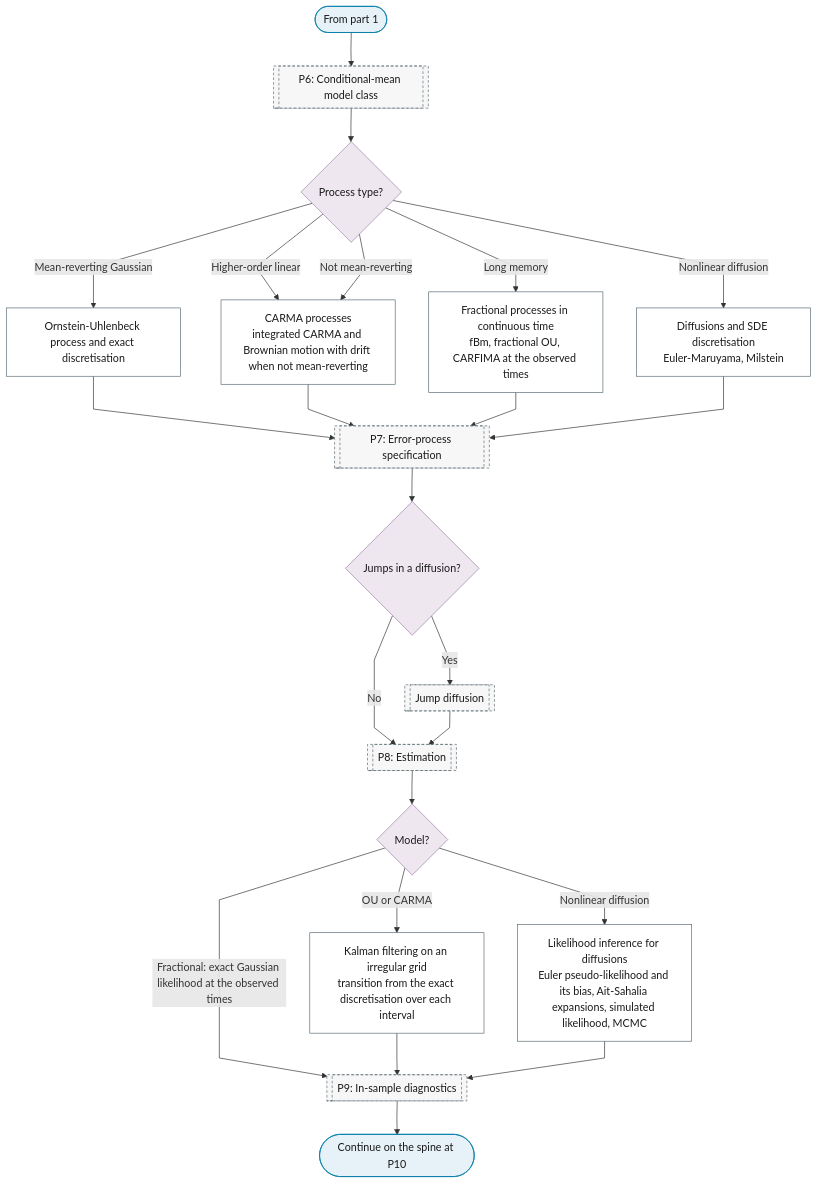
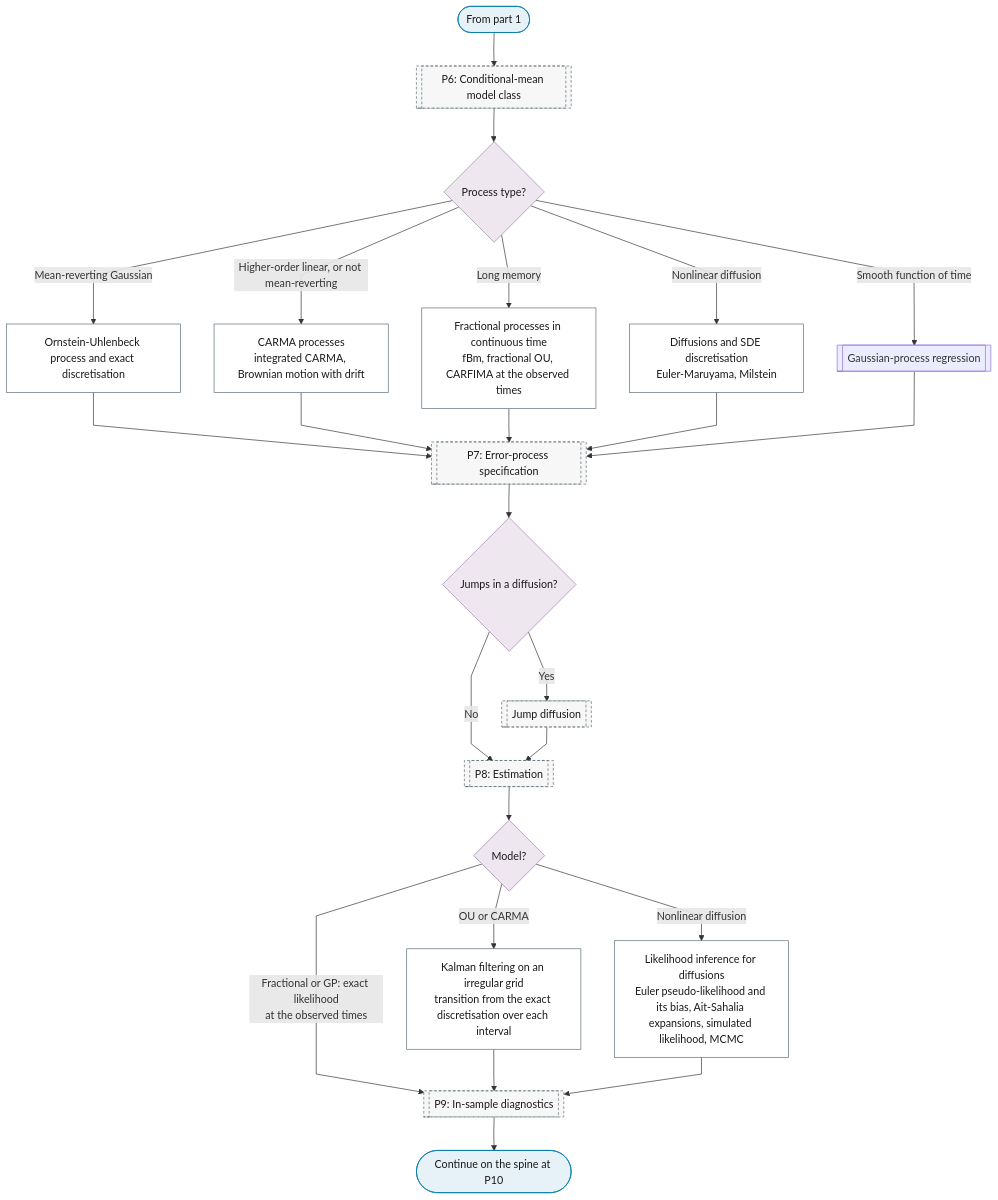
Before and after one commit to Shuxin-Y/time-series-analysis-manual: the second of 2 diagrams in docs/reference/15-continuous-time/index.md, drawn with Mermaid. The commit also changed other lines of this file and 14 other files, not shown here.

````diff
--- a/docs/reference/15-continuous-time/index.md
+++ b/docs/reference/15-continuous-time/index.md
@@ -43,34 +45,34 @@
 ```mermaid
 %%{init: {"flowchart": {"curve": "linear"}}}%%
 graph TD
     B3_PART_2_IN(["From part 1"]) --> P6[["P6: Conditional-mean model class"]]
     P6 --> B3_PROCESS{"Process type?"}
     B3_PROCESS -->|"Mean-reverting Gaussian"| B3_OU["Ornstein-Uhlenbeck process and exact discretisation"]
-    B3_PROCESS -->|"Higher-order linear"| B3_CARMA["CARMA processes<br/>integrated CARMA and Brownian motion with drift when not mean-reverting"]
-    B3_PROCESS -->|"Not mean-reverting"| B3_CARMA
+    B3_PROCESS -->|"Higher-order linear, or not mean-reverting"| B3_CARMA["CARMA processes<br/>integrated CARMA, Brownian motion with drift"]
     B3_PROCESS -->|"Long memory"| B3_FBM["Fractional processes in continuous time<br/>fBm, fractional OU, CARFIMA at the observed times"]
     B3_PROCESS -->|"Nonlinear diffusion"| B3_SDE["Diffusions and SDE discretisation<br/>Euler-Maruyama, Milstein"]
-    B3_OU & B3_CARMA & B3_FBM & B3_SDE --> P7[["P7: Error-process specification"]]
+    B3_PROCESS -->|"Smooth function of time"| P6_GAUSSIAN_PROCESS[["Gaussian-process regression"]]
+    B3_OU & B3_CARMA & B3_FBM & B3_SDE & P6_GAUSSIAN_PROCESS --> P7[["P7: Error-process specification"]]
     P7 --> B3_JUMPS{"Jumps in a diffusion?"}
     B3_JUMPS -->|"Yes"| P7_JUMPS[["Jump diffusion"]]
     B3_JUMPS -->|"No"| P8
     P7_JUMPS --> P8[["P8: Estimation"]]
     P8 --> B3_ESTIMATOR{"Model?"}
     B3_ESTIMATOR -->|"OU or CARMA"| B3_IRREGULAR_KALMAN["Kalman filtering on an irregular grid<br/>transition from the exact discretisation over each interval"]
-    B3_ESTIMATOR -->|"Fractional: exact Gaussian likelihood at the observed times"| P9
+    B3_ESTIMATOR -->|"Fractional or GP: exact likelihood<br/>at the observed times"| P9
     B3_ESTIMATOR -->|"Nonlinear diffusion"| B3_SDE_INFERENCE["Likelihood inference for diffusions<br/>Euler pseudo-likelihood and its bias, Ait-Sahalia expansions, simulated likelihood, MCMC"]
     B3_IRREGULAR_KALMAN & B3_SDE_INFERENCE --> P9[["P9: In-sample diagnostics"]]
     P9 --> B3_OUT(["Continue on the spine at P10"])
     class B3_PART_2_IN,B3_OUT terminator
     class B3_PROCESS,B3_JUMPS,B3_ESTIMATOR decision
     class B3_OU,B3_CARMA,B3_FBM,B3_SDE,B3_IRREGULAR_KALMAN,B3_SDE_INFERENCE process
     class P6,P7,P7_JUMPS,P8,P9 ref
     classDef terminator fill:#E6F2F7,stroke:#007BA7,color:#1A1A1A;
     classDef process fill:#FFFFFF,stroke:#5A6B73,color:#1A1A1A;
     classDef decision fill:#EFE7F0,stroke:#9B7FA7,color:#1A1A1A;
     classDef data fill:#FFF4E0,stroke:#C9A55E,color:#1A1A1A;
     classDef good fill:#DCEFD8,stroke:#4A7A3F,color:#1A1A1A;
     classDef escalate fill:#FFE9C2,stroke:#C9A55E,color:#1A1A1A;
     classDef problem fill:#F2D9DE,stroke:#800020,color:#1A1A1A;
     classDef ref fill:#F7F7F7,stroke:#5A6B73,color:#1A1A1A,stroke-dasharray:4 3;
 ```
````
